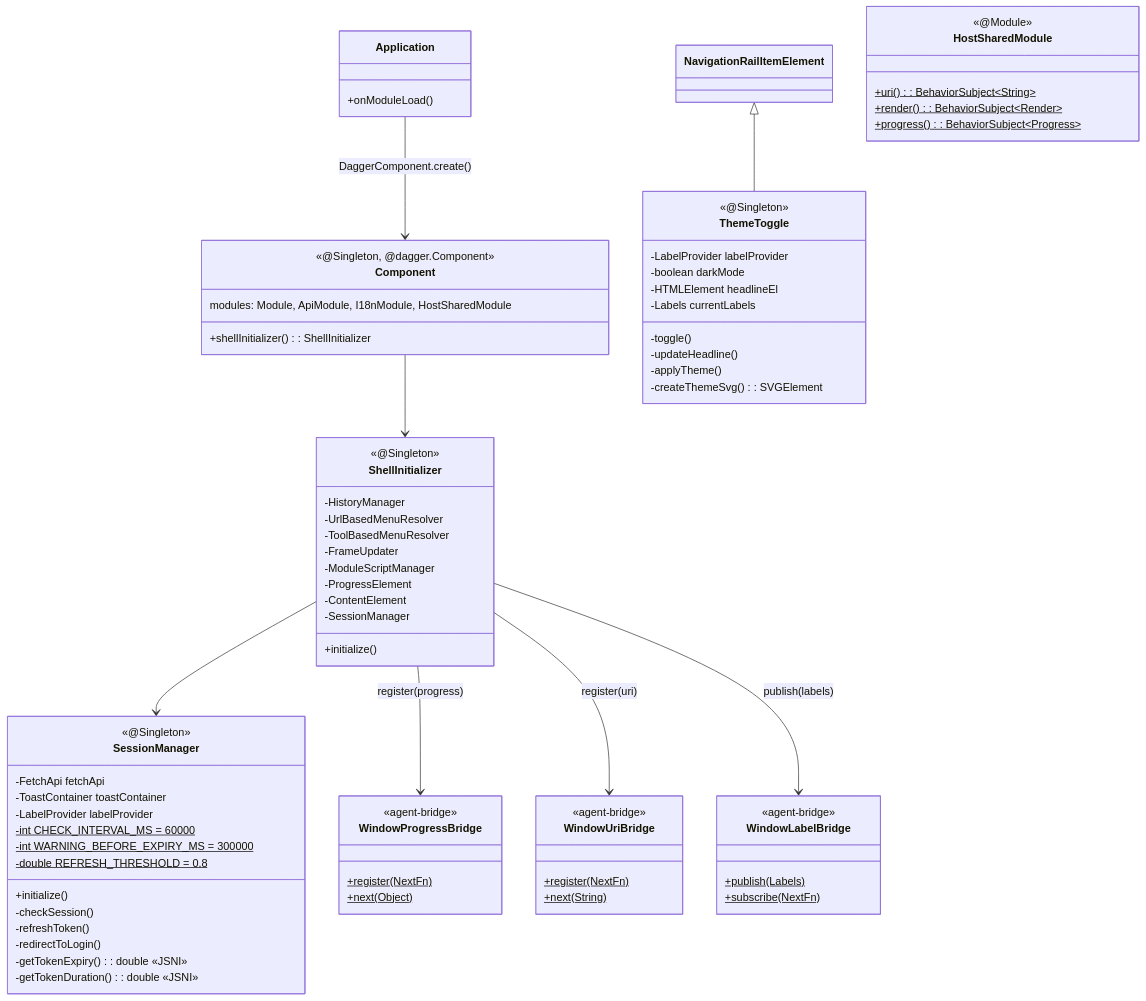
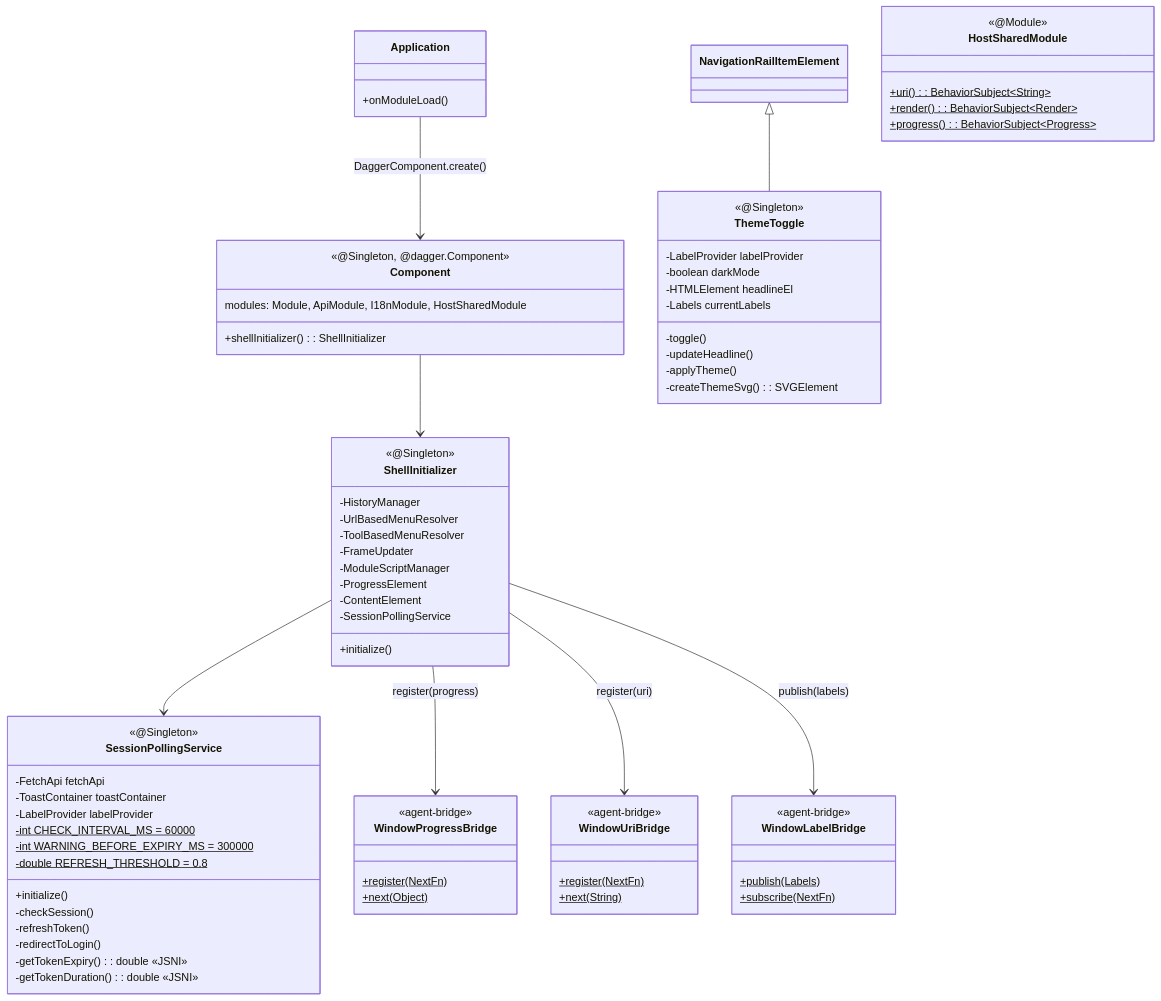
The fifth of 6 diagrams in shell-ui/CLASS-DIAGRAM.md (sayaya1090/handbook), drawn with Mermaid before and after one commit. The commit also changed 11 other files, not shown here.

````diff
--- a/shell-ui/CLASS-DIAGRAM.md
+++ b/shell-ui/CLASS-DIAGRAM.md
@@ -335,78 +335,78 @@
 ```mermaid
 classDiagram
     class Application {
         +onModuleLoad()
     }
     class Component {
         <<@Singleton, @dagger.Component>>
         modules: Module, ApiModule, I18nModule, HostSharedModule
         +shellInitializer(): ShellInitializer
     }
     class ShellInitializer {
         <<@Singleton>>
         -HistoryManager
         -UrlBasedMenuResolver
         -ToolBasedMenuResolver
         -FrameUpdater
         -ModuleScriptManager
         -ProgressElement
         -ContentElement
-        -SessionManager
+        -SessionPollingService
         +initialize()
     }
-    class SessionManager {
+    class SessionPollingService {
         <<@Singleton>>
         -FetchApi fetchApi
         -ToastContainer toastContainer
         -LabelProvider labelProvider
         -int CHECK_INTERVAL_MS = 60000$
         -int WARNING_BEFORE_EXPIRY_MS = 300000$
         -double REFRESH_THRESHOLD = 0.8$
         +initialize()
         -checkSession()
         -refreshToken()
         -redirectToLogin()
         -getTokenExpiry(): double «JSNI»
         -getTokenDuration(): double «JSNI»
     }
     class ThemeToggle {
         <<@Singleton>>
         -LabelProvider labelProvider
         -boolean darkMode
         -HTMLElement headlineEl
         -Labels currentLabels
         -toggle()
         -updateHeadline()
         -applyTheme()
         -createThemeSvg(): SVGElement
     }
     NavigationRailItemElement <|-- ThemeToggle
-    ShellInitializer --> SessionManager
+    ShellInitializer --> SessionPollingService
     class HostSharedModule {
         <<@Module>>
         +uri(): BehaviorSubject~String~$
         +render(): BehaviorSubject~Render~$
         +progress(): BehaviorSubject~Progress~$
     }
     class WindowProgressBridge {
         <<agent-bridge>>
         +register(NextFn)$
         +next(Object)$
     }
     class WindowUriBridge {
         <<agent-bridge>>
         +register(NextFn)$
         +next(String)$
     }
     class WindowLabelBridge {
         <<agent-bridge>>
         +publish(Labels)$
         +subscribe(NextFn)$
     }
 
     Application --> Component : DaggerComponent.create()
     Component --> ShellInitializer
     ShellInitializer --> WindowProgressBridge : register(progress)
     ShellInitializer --> WindowUriBridge : register(uri)
     ShellInitializer --> WindowLabelBridge : publish(labels)
 ```
````
